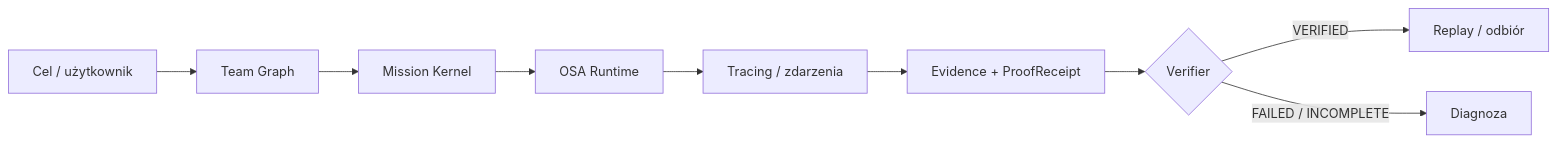
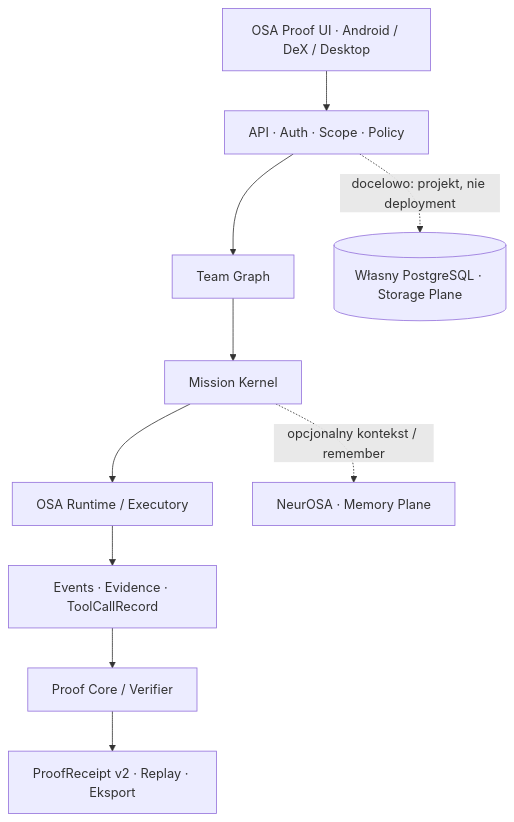
Before and after one commit to HazEOskA/osa-proof: the diagram in README.md, drawn with Mermaid. The commit also changed other lines of this file and 6 other files, not shown here.

First line of the commit message:
docs: aktualizacja README i stanu OSA Proof na 2026-11-03

````diff
--- a/README.md
+++ b/README.md
@@ -99,11 +54,12 @@
 ```mermaid
-flowchart LR
-  A["Cel / użytkownik"] --> B["Team Graph"]
-  B --> C["Mission Kernel"]
-  C --> D["OSA Runtime"]
-  D --> E["Tracing / zdarzenia"]
-  E --> F["Evidence + ProofReceipt"]
-  F --> G{"Verifier"}
-  G -->|VERIFIED| H["Replay / odbiór"]
-  G -->|FAILED / INCOMPLETE| I["Diagnoza"]
+flowchart TD
+  UI["OSA Proof UI · Android / DeX / Desktop"] --> API["API · Auth · Scope · Policy"]
+  API --> TG["Team Graph"]
+  TG --> MK["Mission Kernel"]
+  MK --> RT["OSA Runtime / Executory"]
+  RT --> EV["Events · Evidence · ToolCallRecord"]
+  EV --> PF["Proof Core / Verifier"]
+  PF --> RP["ProofReceipt v2 · Replay · Eksport"]
+  MK -. "opcjonalny kontekst / remember" .-> NM["NeurOSA · Memory Plane"]
+  API -. "docelowo: projekt, nie deployment" .-> DB[("Własny PostgreSQL · Storage Plane")]
 ```
````
